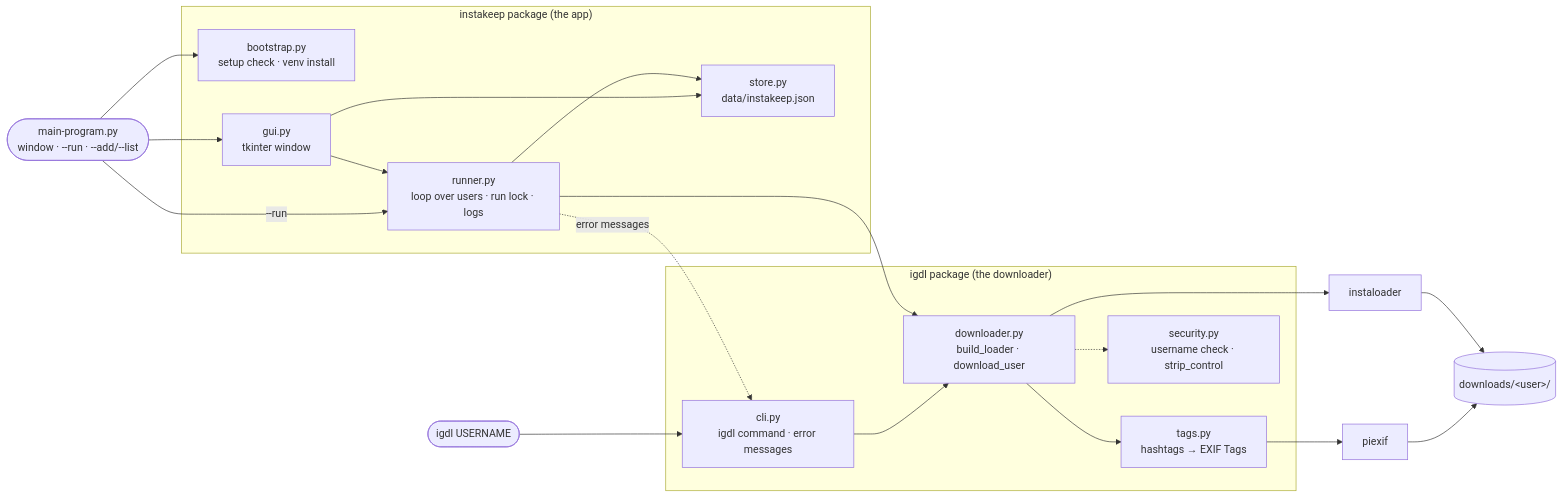
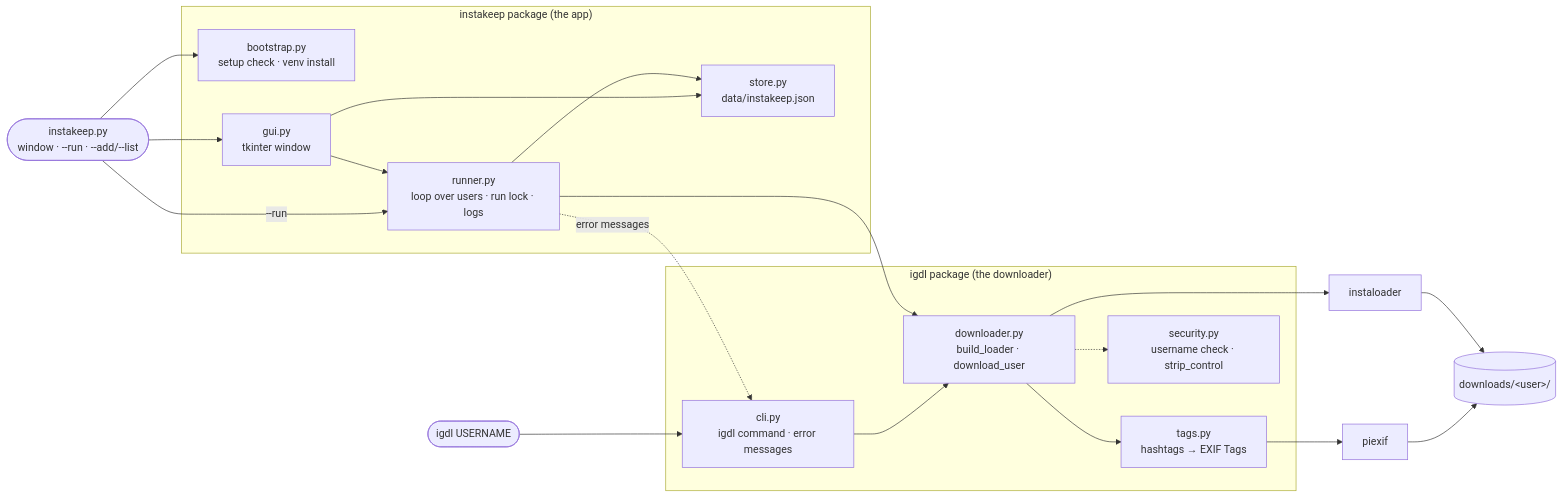
Before and after one commit to chl218/InstaKeep: the diagram in README.md, drawn with Mermaid. The commit also changed other lines of this file and 54 other files, not shown here.

````diff
--- a/README.md
+++ b/README.md
@@ -142,32 +146,32 @@
 ```mermaid
 flowchart LR
-    win(["main-program.py<br/>window · --run · --add/--list"])
+    win(["instakeep.py<br/>window · --run · --add/--list"])
     term(["igdl USERNAME"])
 
     subgraph instakeep["instakeep package (the app)"]
         boot["bootstrap.py<br/>setup check · venv install"]
         gui["gui.py<br/>tkinter window"]
         run["runner.py<br/>loop over users · run lock · logs"]
         store["store.py<br/>data/instakeep.json"]
     end
 
     subgraph igdl["igdl package (the downloader)"]
         cli["cli.py<br/>igdl command · error messages"]
         dl["downloader.py<br/>build_loader · download_user"]
         tags["tags.py<br/>hashtags → EXIF Tags"]
         sec["security.py<br/>username check · strip_control"]
     end
 
     win --> boot
     win --> gui --> run
     win -->|"--run"| run
     run --> store
     gui --> store
     run --> dl
     run -.->|error messages| cli
     term --> cli --> dl
     dl --> tags
     dl -.-> sec
     dl --> il["instaloader"] --> out[("downloads/&lt;user&gt;/")]
     tags --> px["piexif"] --> out
 ```
````
